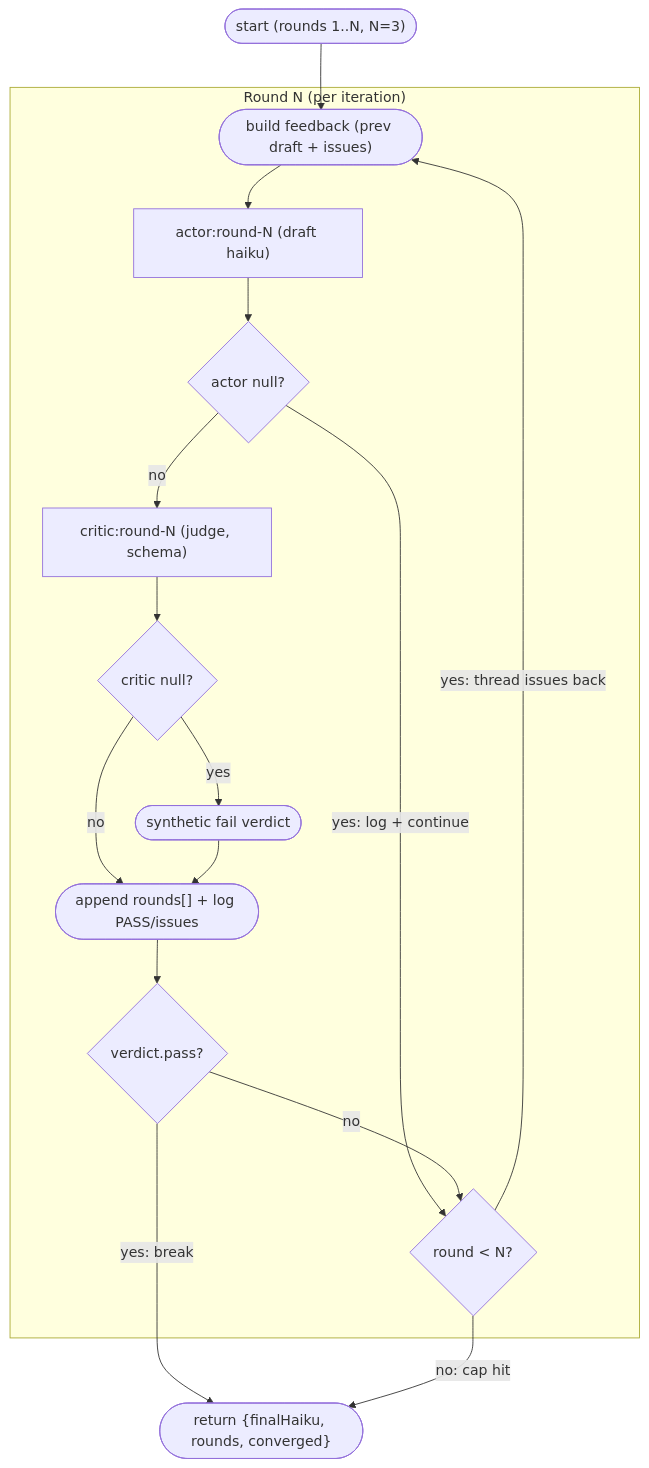
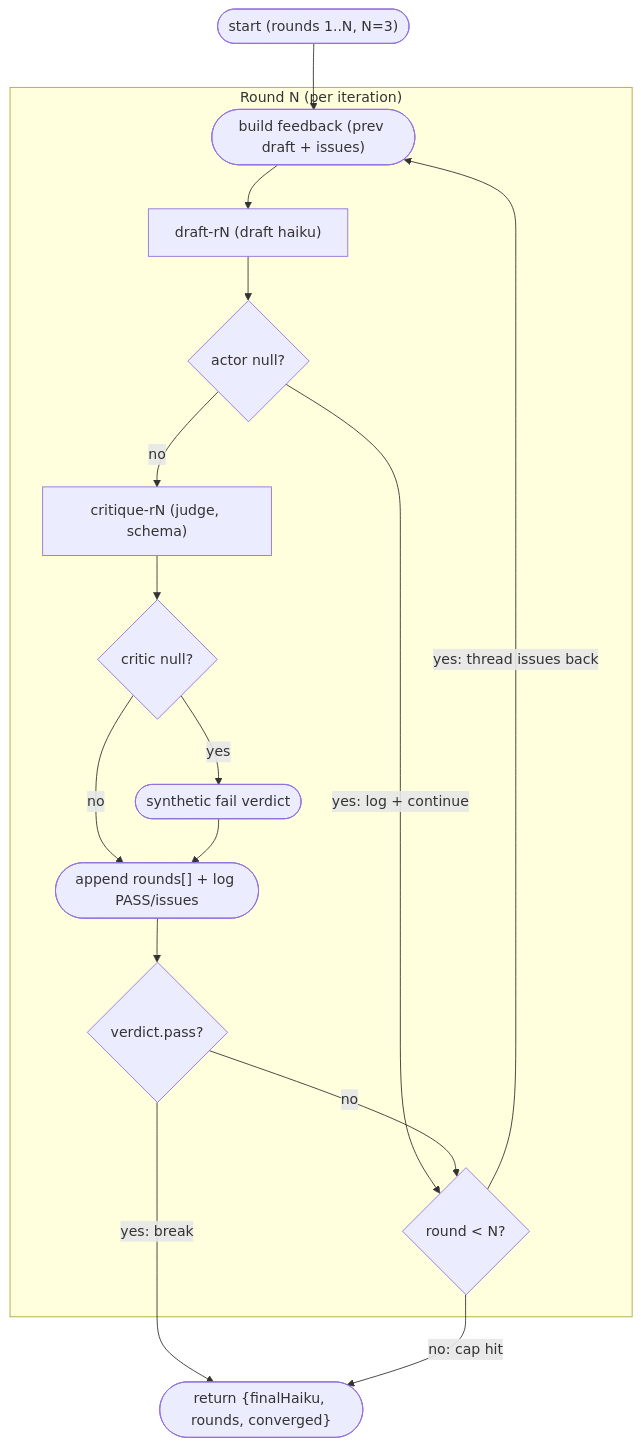
Before and after one commit to YuanpingSong/ultracodex: the diagram in examples/actor-critic-loop/README.md, drawn with Mermaid. The commit also changed other lines of this file and 18 other files, not shown here.

````diff
--- a/examples/actor-critic-loop/README.md
+++ b/examples/actor-critic-loop/README.md
@@ -36,20 +36,20 @@
 ```mermaid
 flowchart TD
   S(["start (rounds 1..N, N=3)"]) --> FB
   CAP{"round < N?"}
   subgraph RND["Round N (per iteration)"]
-    FB(["build feedback (prev draft + issues)"]) --> A["actor:round-N (draft haiku)"]
+    FB(["build feedback (prev draft + issues)"]) --> A["draft-rN (draft haiku)"]
     A --> AN{"actor null?"}
     AN -->|"yes: log + continue"| CAP
-    AN -->|"no"| C["critic:round-N (judge, schema)"]
+    AN -->|"no"| C["critique-rN (judge, schema)"]
     C --> CN{"critic null?"}
     CN -->|"yes"| DEG(["synthetic fail verdict"])
     CN -->|"no"| AUD
     DEG --> AUD(["append rounds[] + log PASS/issues"])
     AUD --> P{"verdict.pass?"}
   end
   P -->|"yes: break"| DONE
   P -->|"no"| CAP
   CAP -->|"yes: thread issues back"| FB
   CAP -->|"no: cap hit"| DONE(["return {finalHaiku, rounds, converged}"])
 ```
````
